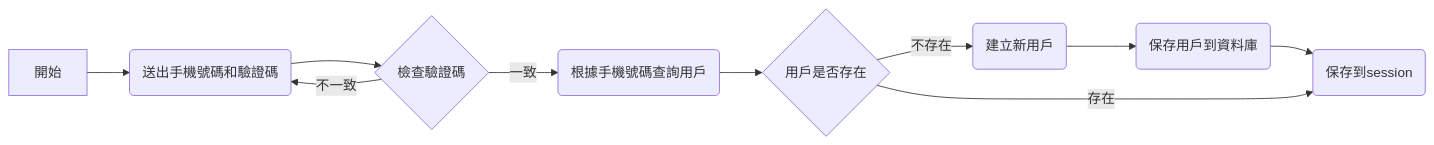
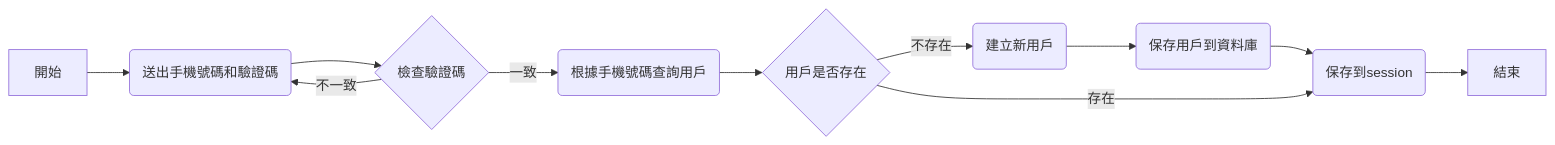
The third of 6 diagrams in obsidian-vault/1-Fleeting/簡訊登入.md (martinez-chen/obsidian), drawn with Mermaid before and after one commit. The commit also changed other lines of this file and 1 other file, not shown here.

````diff
--- a/obsidian-vault/1-Fleeting/簡訊登入.md
+++ b/obsidian-vault/1-Fleeting/簡訊登入.md
@@ -19,13 +33,14 @@
 	```mermaid 
 	graph LR 
 	
 	A[開始] --> B(送出手機號碼和驗證碼)
 		B --> C{檢查驗證碼}
 		C --> |不一致| B(送出手機號碼和驗證碼)
 		C --> |一致| D(根據手機號碼查詢用戶)
 		D --> E{用戶是否存在}
 		E --> |不存在| F(建立新用戶)
 		F --> H(保存用戶到資料庫)
 		H --> G(保存到session)
 		E --> |存在| G(保存到session)
+		G --> I[結束]
 	```
````
